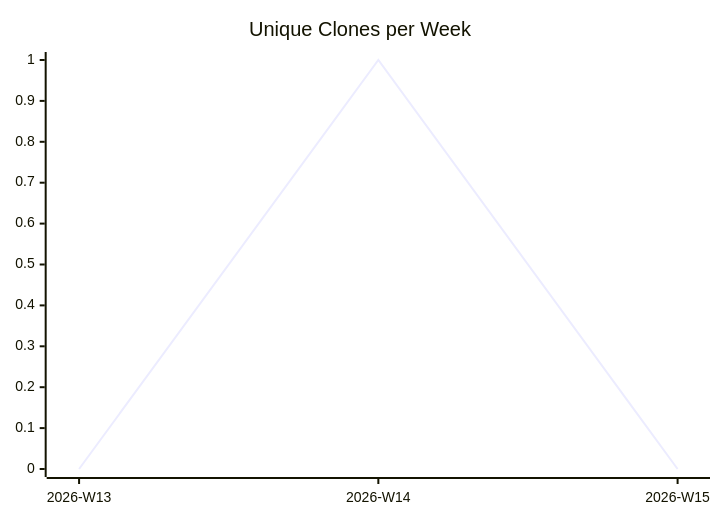
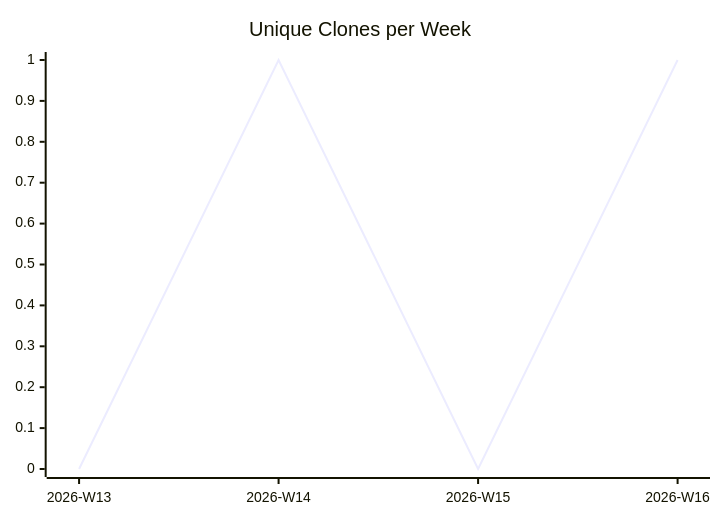
The third of 3 diagrams in karlmdavis/ansible-role-ldap/README.md (justdavis-family/github-analytics-data), drawn with Mermaid before and after one commit. The commit also changed other lines of this file and 173 other files, not shown here.

````diff
--- a/karlmdavis/ansible-role-ldap/README.md
+++ b/karlmdavis/ansible-role-ldap/README.md
@@ -19,6 +19,6 @@
 ```mermaid
 xychart-beta
   title "Unique Clones per Week"
-  x-axis ["2026-W13", "2026-W14", "2026-W15"]
-  line [0, 1, 0]
+  x-axis ["2026-W13", "2026-W14", "2026-W15", "2026-W16"]
+  line [0, 1, 0, 1]
 ```
````
